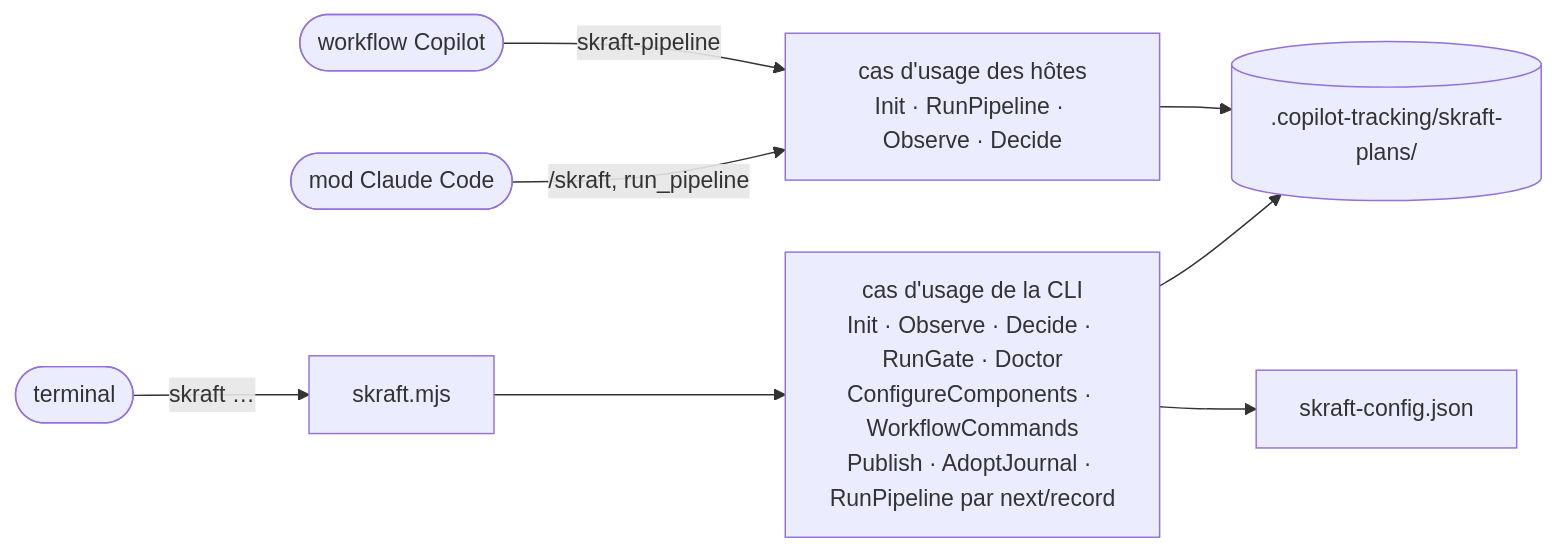
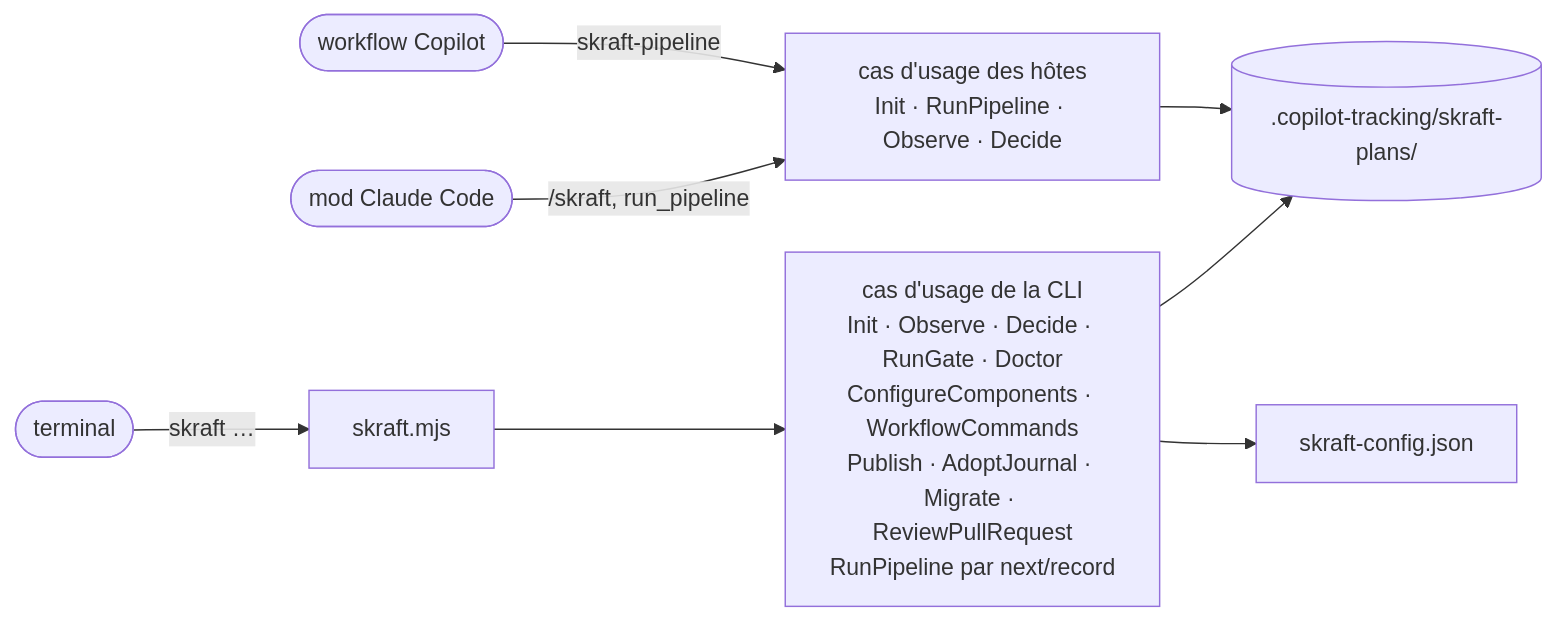
The first of 4 diagrams in docs/site/fr/reference/cli.md (SebastienDegodez/skraft-plugin), drawn with Mermaid before and after one commit. The commit also changed other lines of this file and 1 other file, not shown here.

First line of the commit message:
docs(site): document skraft migrate and journal adopt --pr

````diff
--- a/docs/site/fr/reference/cli.md
+++ b/docs/site/fr/reference/cli.md
@@ -42,11 +42,11 @@
 ```mermaid
 flowchart LR
     T([terminal]) -->|skraft …| CLI[skraft.mjs]
     M([mod Claude Code]) -->|/skraft, run_pipeline| HP
     W([workflow Copilot]) -->|skraft-pipeline| HP
-    CLI --> UC[cas d'usage de la CLI<br/>Init · Observe · Decide · RunGate · Doctor<br/>ConfigureComponents · WorkflowCommands<br/>Publish · AdoptJournal · RunPipeline par next/record]
+    CLI --> UC[cas d'usage de la CLI<br/>Init · Observe · Decide · RunGate · Doctor<br/>ConfigureComponents · WorkflowCommands<br/>Publish · AdoptJournal · Migrate · ReviewPullRequest<br/>RunPipeline par next/record]
     HP[cas d'usage des hôtes<br/>Init · RunPipeline · Observe · Decide]
     UC --> J[(.copilot-tracking/skraft-plans/)]
     HP --> J
     UC --> C[skraft-config.json]
 ```
````
